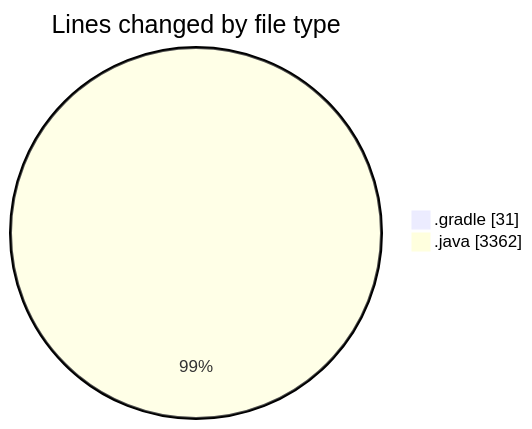
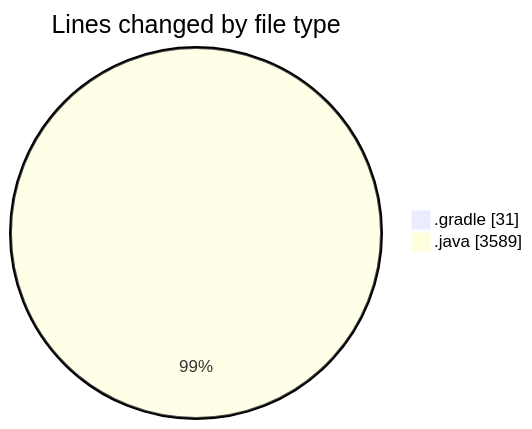
One commit to charlie-sans/code-tracking changed the first of 2 diagrams in 2025-02-21/micros/README.md. Above: the diagram before and after it, drawn with Mermaid. The commit also changed other lines of this file and 1 other file, not shown here.

````diff
--- a/2025-02-21/micros/README.md
+++ b/2025-02-21/micros/README.md
@@ -36,6 +38,6 @@
 ```mermaid
 pie showData
 title Lines changed by file type
 ".gradle" : 31
-".java" : 3362
+".java" : 3589
 ```
````
